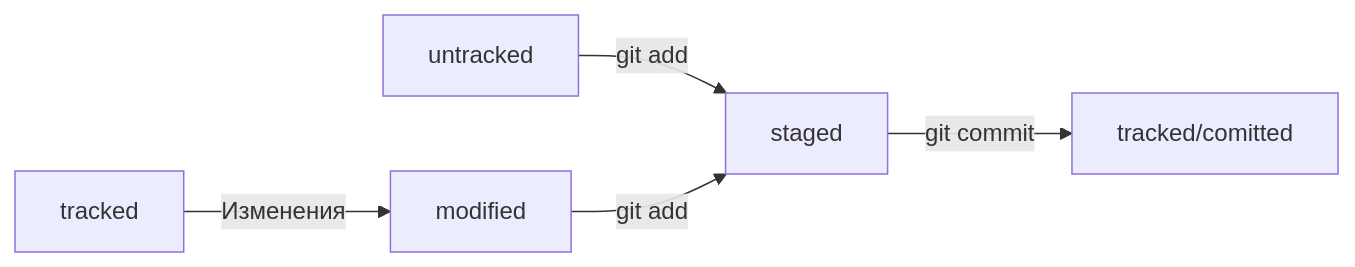
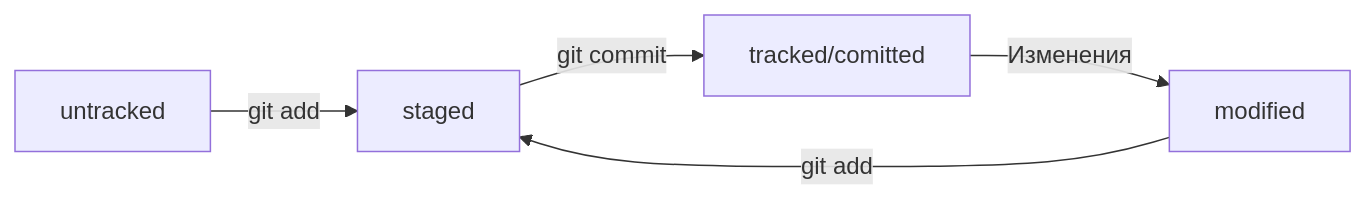
The diagram in README.md (itishkina77/first-project), drawn with Mermaid before and after one commit.

Commit message:
Добавить информацию о переходах статусов, используя mermaid

````diff
--- a/README.md
+++ b/README.md
@@ -63,8 +63,8 @@
 ```mermaid
 %% Переходы статусов git
 graph LR;
   untracked -- "git add"    --> staged;
   staged    -- "git commit" --> tracked/comitted;  
-  tracked   -- "Изменения"  --> modified;
+  tracked/comitted   -- "Изменения"  --> modified;
   modified  -- "git add"    --> staged;
 ```
````
